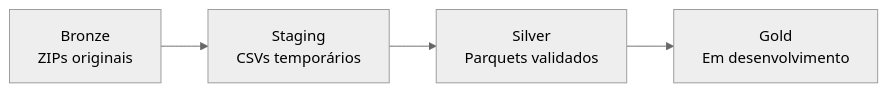
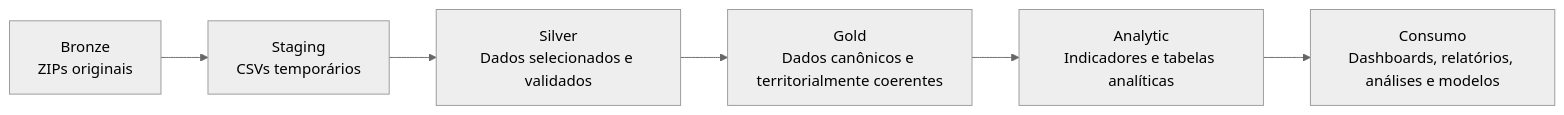
One commit to albertoakel/ENEM changed the diagram in README.md. Above: the diagram before and after it, drawn with Mermaid (neutral theme). The commit also changed other lines of this file, not shown here.

````diff
--- a/README.md
+++ b/README.md
@@ -23,6 +26,9 @@
 ```mermaid
 flowchart LR
-    A[Bronze<br/>ZIPs originais] --> B[Staging<br/>CSVs temporários]
-    B --> C[Silver<br/>Parquets validados]
-    C --> D[Gold<br/>Em desenvolvimento]
+    A[Bronze<br/>ZIPs originais]
+    --> B[Staging<br/>CSVs temporários]
+    --> C[Silver<br/>Dados selecionados e validados]
+    --> D[Gold<br/>Dados canônicos e territorialmente coerentes]
+    --> E[Analytic<br/>Indicadores e tabelas analíticas]
+    --> F[Consumo<br/>Dashboards, relatórios, análises e modelos]
 ```
````
